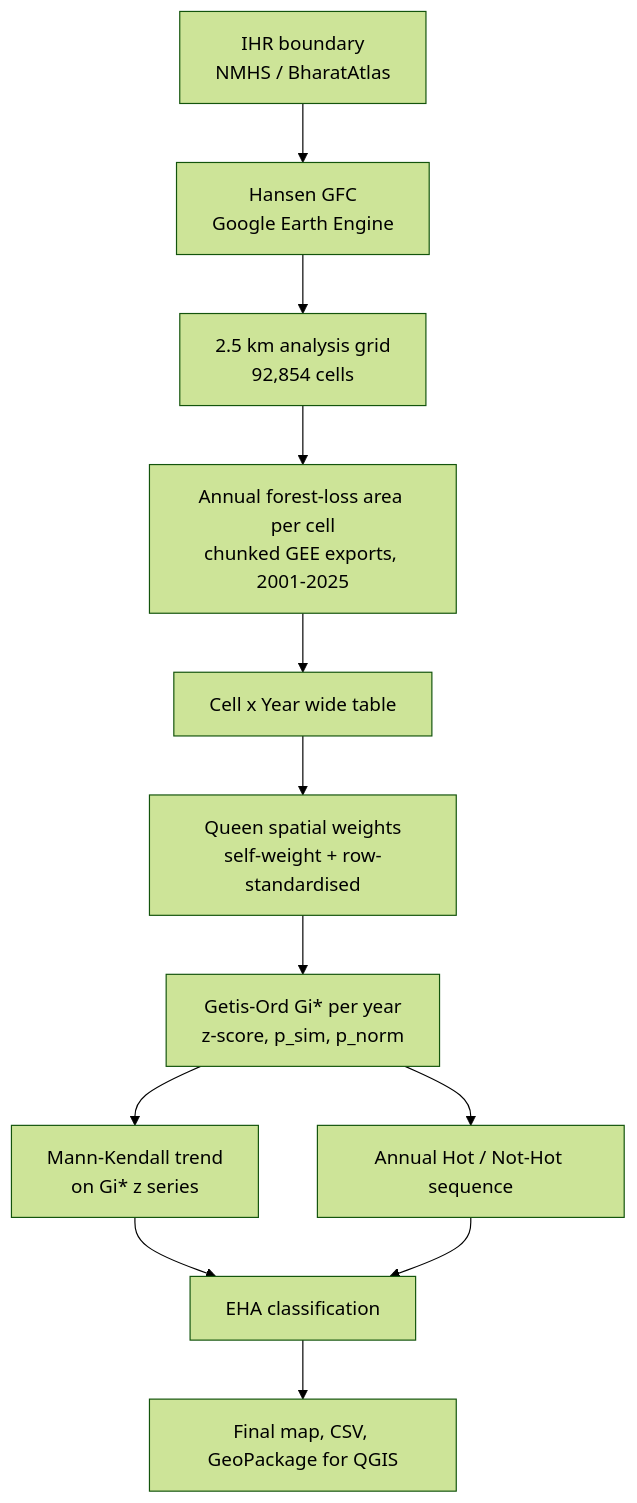
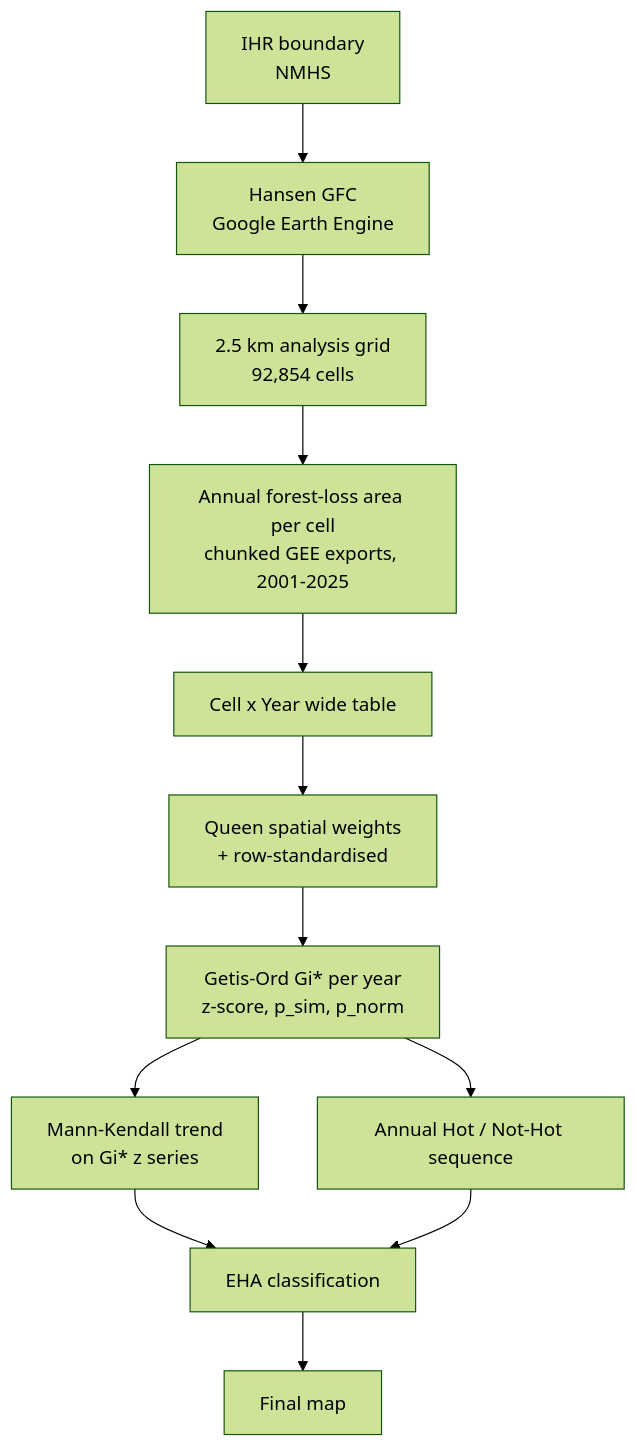
Before and after one commit to safal270803/Indian_Himalayas: the diagram in README.md, drawn with Mermaid (forest theme). The commit also changed other lines of this file, not shown here.

````diff
--- a/README.md
+++ b/README.md
@@ -30,14 +29,14 @@
 ```mermaid
 flowchart TD
-    A[IHR boundary<br/>NMHS / BharatAtlas] --> B[Hansen GFC<br/>Google Earth Engine]
+    A[IHR boundary<br/>NMHS] --> B[Hansen GFC<br/>Google Earth Engine]
     B --> C[2.5 km analysis grid<br/>92,854 cells]
     C --> D[Annual forest-loss area per cell<br/>chunked GEE exports, 2001-2025]
     D --> E[Cell x Year wide table]
-    E --> F[Queen spatial weights<br/>self-weight + row-standardised]
+    E --> F[Queen spatial weights<br/> + row-standardised]
     F --> G[Getis-Ord Gi* per year<br/>z-score, p_sim, p_norm]
     G --> H[Mann-Kendall trend<br/>on Gi* z series]
     G --> I[Annual Hot / Not-Hot sequence]
     H --> J[EHA classification]
     I --> J
-    J --> K[Final map, CSV, GeoPackage for QGIS]
+    J --> K[Final map]
 ```
````
